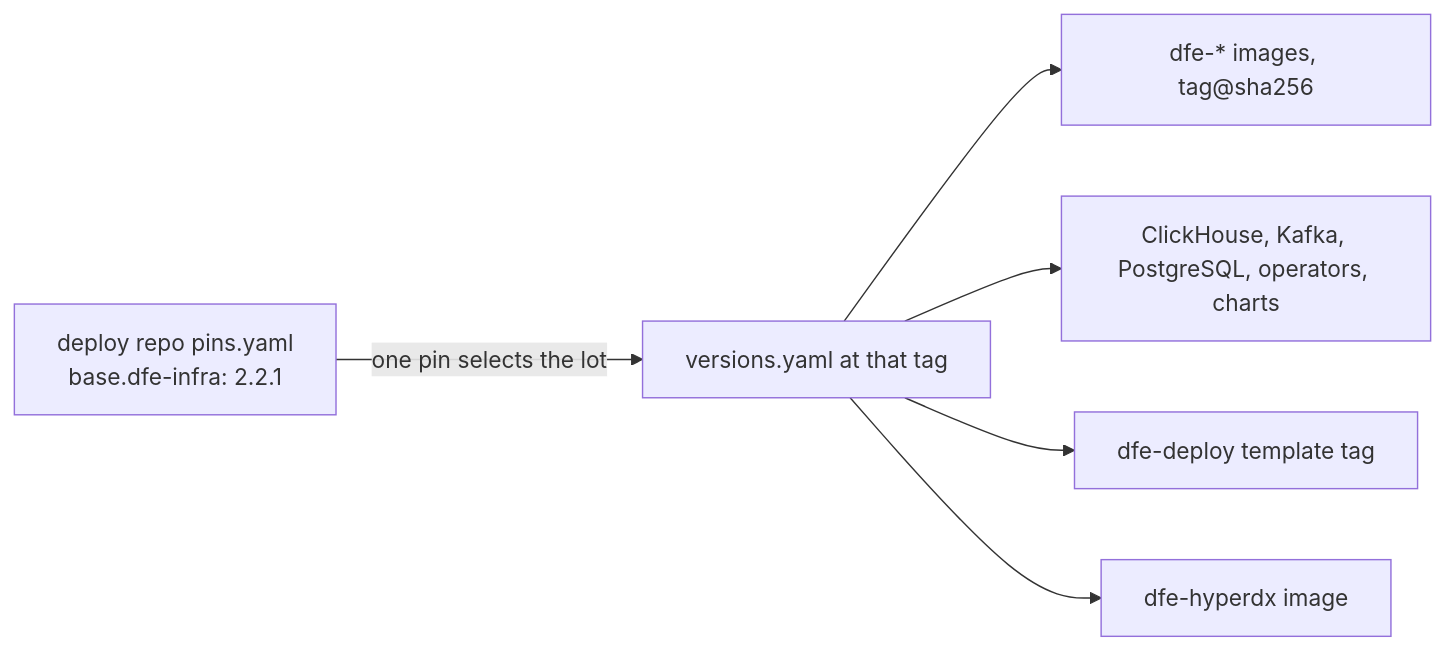
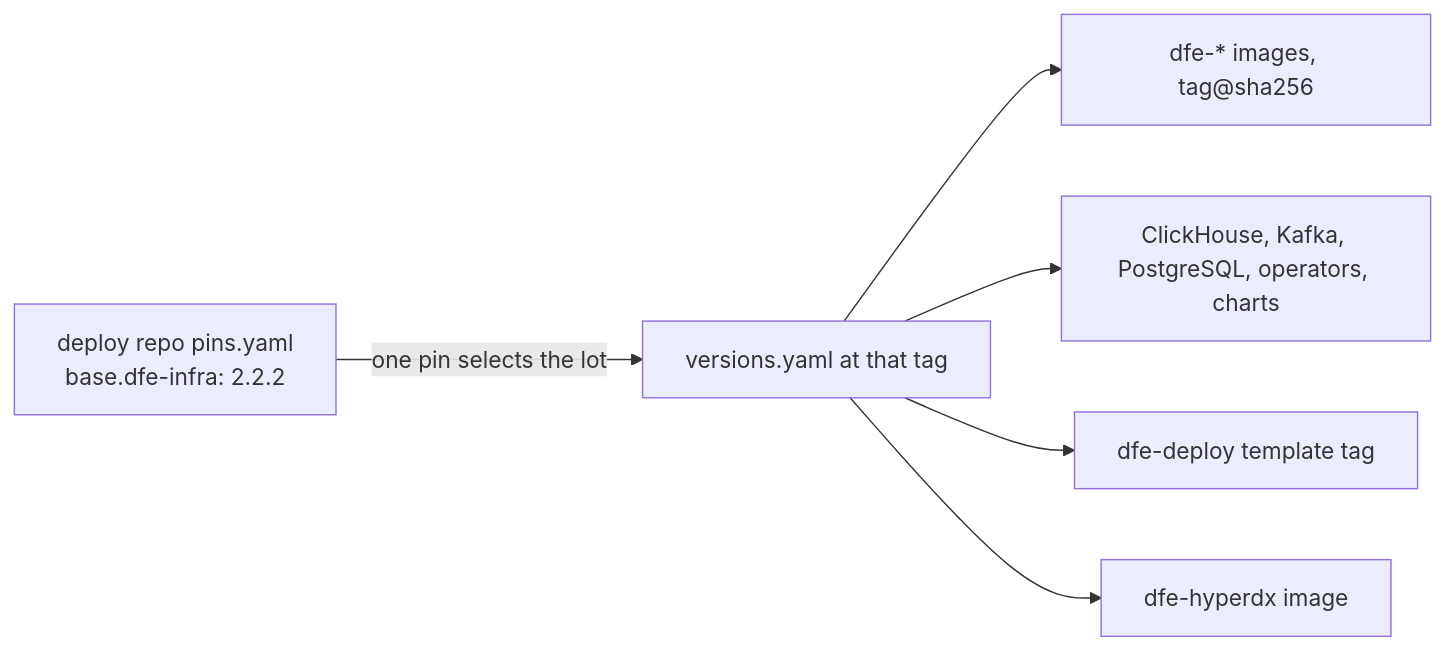
One commit to hyperi-io/dfe-infra changed the diagram in docs/deployment/stack-versioning.md. Above: the diagram before and after it, drawn with Mermaid. The commit also changed other lines of this file and 37 other files, not shown here.

````diff
--- a/docs/deployment/stack-versioning.md
+++ b/docs/deployment/stack-versioning.md
@@ -11,8 +11,8 @@
 ```mermaid
 flowchart LR
-    PINS["deploy repo pins.yaml<br/>base.dfe-infra: 2.2.1"] -->|"one pin selects the lot"| MANIFEST["versions.yaml at that tag"]
+    PINS["deploy repo pins.yaml<br/>base.dfe-infra: 2.2.2"] -->|"one pin selects the lot"| MANIFEST["versions.yaml at that tag"]
     MANIFEST --> APPS["dfe-* images, tag@sha256"]
     MANIFEST --> DATA["ClickHouse, Kafka, PostgreSQL, operators, charts"]
     MANIFEST --> TPL["dfe-deploy template tag"]
     MANIFEST --> HDX["dfe-hyperdx image"]
 ```
````
